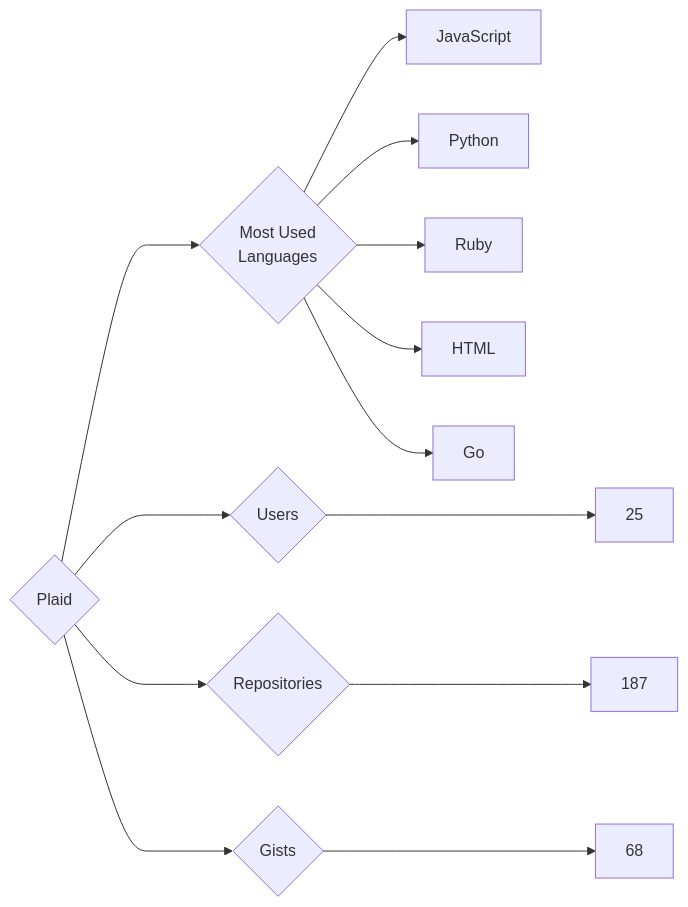
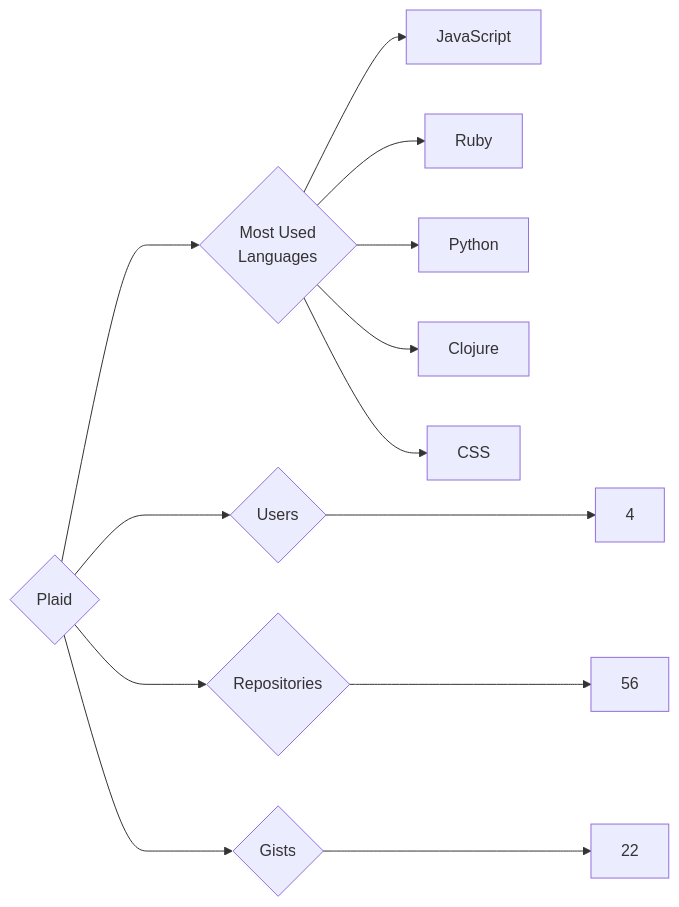
One commit to trickest/insiders changed the diagram in targets/Plaid/README.md. Above: the diagram before and after it, drawn with Mermaid. The commit also changed 912 other files, not shown here.

````diff
--- a/targets/Plaid/README.md
+++ b/targets/Plaid/README.md
@@ -3,13 +3,13 @@
 ```mermaid
 graph LR
 COMPANY_NAME{Plaid}
-COMPANY_NAME ---> U{Users} ---> UN[25]
-COMPANY_NAME ---> R{Repositories} ---> RN[187]
-COMPANY_NAME ---> G{Gists} ---> GN[68]
+COMPANY_NAME ---> U{Users} ---> UN[4]
+COMPANY_NAME ---> R{Repositories} ---> RN[56]
+COMPANY_NAME ---> G{Gists} ---> GN[22]
 COMPANY_NAME ---> ML{Most Used<br>Languages}
 ML --> JavaScript[JavaScript]
+ML --> Ruby[Ruby]
 ML --> Python[Python]
-ML --> Ruby[Ruby]
-ML --> HTML[HTML]
-ML --> Go[Go]
+ML --> Clojure[Clojure]
+ML --> CSS[CSS]
 ```
````
